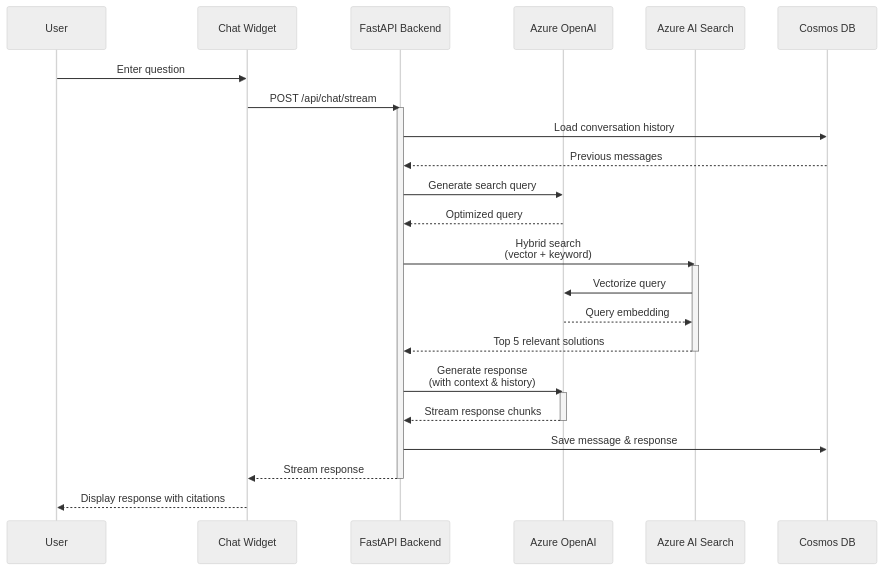
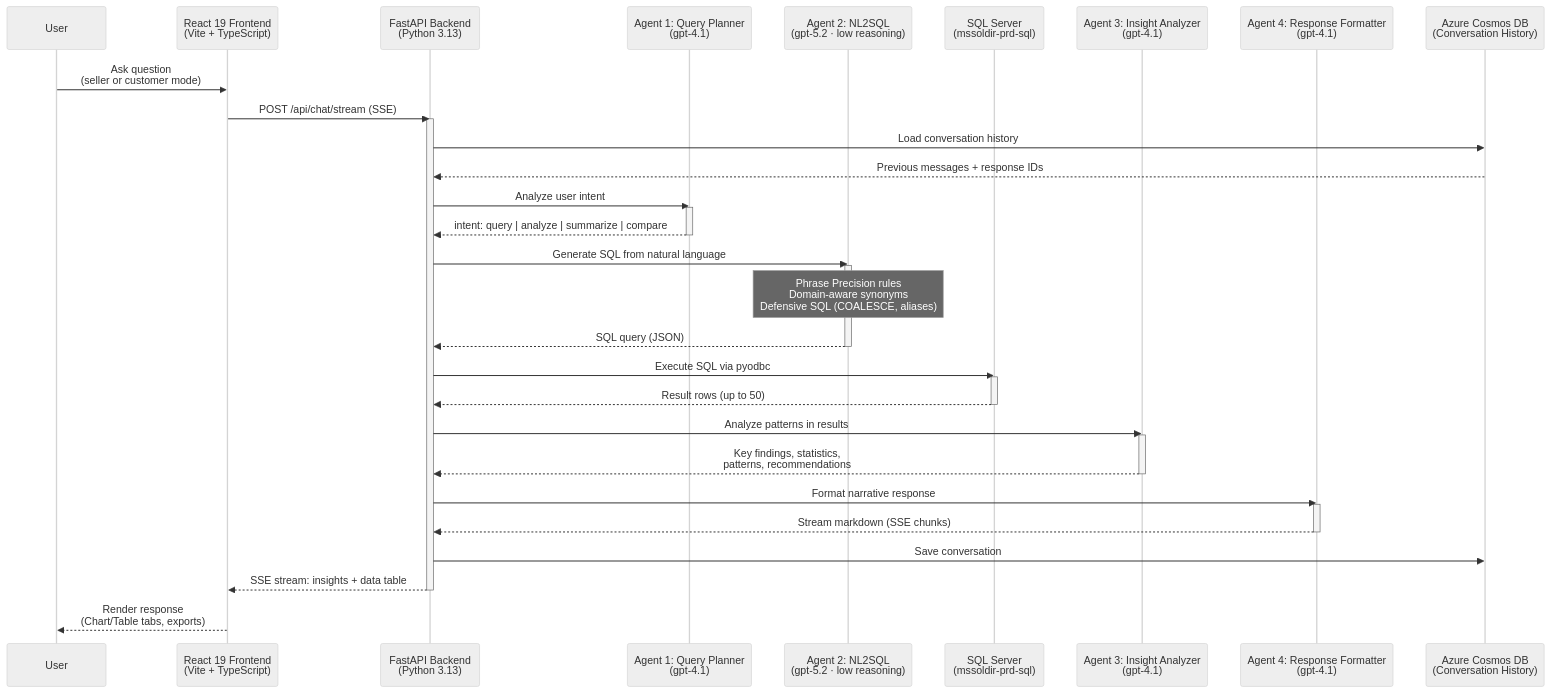
One commit to Arturo-Quiroga-MSFT/Industry-Solutions-Directory-PRO-Code changed the diagram in ARCHITECTURE.md. Above: the diagram before and after it, drawn with Mermaid (neutral theme). The commit also changed other lines of this file, not shown here.

First line of the commit message:
docs: replace outdated Mermaid diagrams with current NL2SQL architecture

````diff
--- a/ARCHITECTURE.md
+++ b/ARCHITECTURE.md
@@ -126,36 +56,50 @@
 ```mermaid
 sequenceDiagram
     participant U as User
-    participant W as Chat Widget
-    participant API as FastAPI Backend
-    participant AI as Azure OpenAI
-    participant Search as Azure AI Search
-    participant DB as Cosmos DB
-    
-    U->>W: Enter question
-    W->>API: POST /api/chat/stream
+    participant FE as React 19 Frontend<br/>(Vite + TypeScript)
+    participant API as FastAPI Backend<br/>(Python 3.13)
+    participant QP as Agent 1: Query Planner<br/>(gpt-4.1)
+    participant SQL as Agent 2: NL2SQL<br/>(gpt-5.2 · low reasoning)
+    participant DB as SQL Server<br/>(mssoldir-prd-sql)
+    participant IA as Agent 3: Insight Analyzer<br/>(gpt-4.1)
+    participant RF as Agent 4: Response Formatter<br/>(gpt-4.1)
+    participant Cosmos as Azure Cosmos DB<br/>(Conversation History)
+
+    U->>FE: Ask question<br/>(seller or customer mode)
+    FE->>API: POST /api/chat/stream (SSE)
     activate API
-    
-    API->>DB: Load conversation history
-    DB-->>API: Previous messages
-    
-    API->>AI: Generate search query
-    AI-->>API: Optimized query
-    
-    API->>Search: Hybrid search<br/>(vector + keyword)
-    activate Search
-    Search->>AI: Vectorize query
-    AI-->>Search: Query embedding
-    Search-->>API: Top 5 relevant solutions
-    deactivate Search
-    
-    API->>AI: Generate response<br/>(with context & history)
-    activate AI
-    AI-->>API: Stream response chunks
-    deactivate AI
-    
-    API->>DB: Save message & response
-    API-->>W: Stream response
+
+    API->>Cosmos: Load conversation history
+    Cosmos-->>API: Previous messages + response IDs
+
+    API->>QP: Analyze user intent
+    activate QP
+    QP-->>API: intent: query | analyze | summarize | compare
+    deactivate QP
+
+    API->>SQL: Generate SQL from natural language
+    activate SQL
+    Note over SQL: Phrase Precision rules<br/>Domain-aware synonyms<br/>Defensive SQL (COALESCE, aliases)
+    SQL-->>API: SQL query (JSON)
+    deactivate SQL
+
+    API->>DB: Execute SQL via pyodbc
+    activate DB
+    DB-->>API: Result rows (up to 50)
+    deactivate DB
+
+    API->>IA: Analyze patterns in results
+    activate IA
+    IA-->>API: Key findings, statistics,<br/>patterns, recommendations
+    deactivate IA
+
+    API->>RF: Format narrative response
+    activate RF
+    RF-->>API: Stream markdown (SSE chunks)
+    deactivate RF
+
+    API->>Cosmos: Save conversation
+    API-->>FE: SSE stream: insights + data table
     deactivate API
-    W-->>U: Display response with citations
+    FE-->>U: Render response<br/>(Chart/Table tabs, exports)
 ```
````
